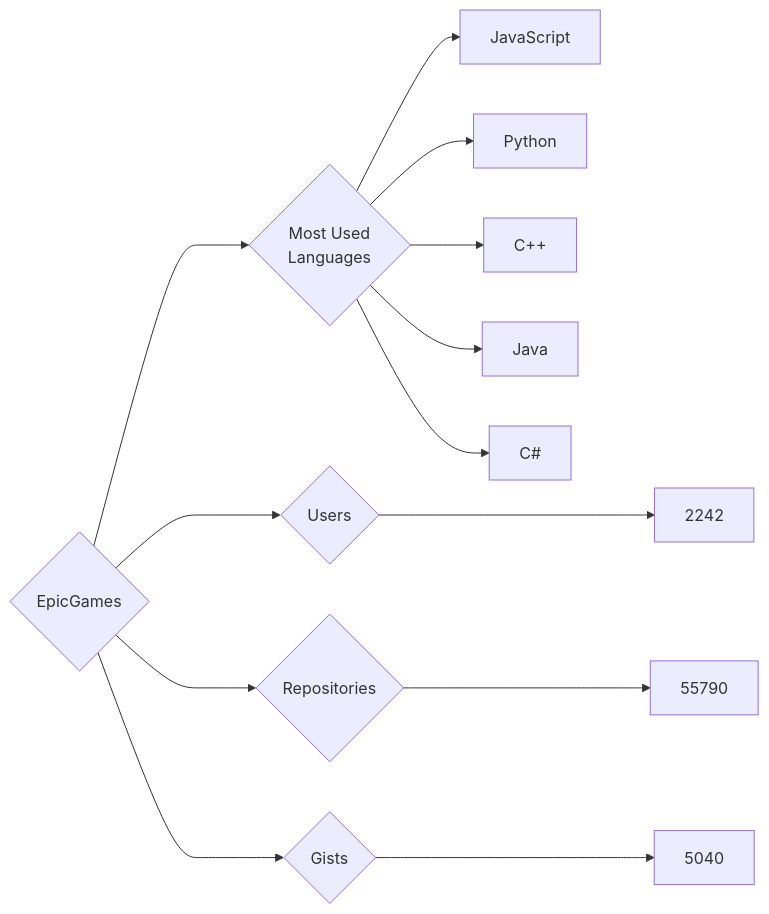
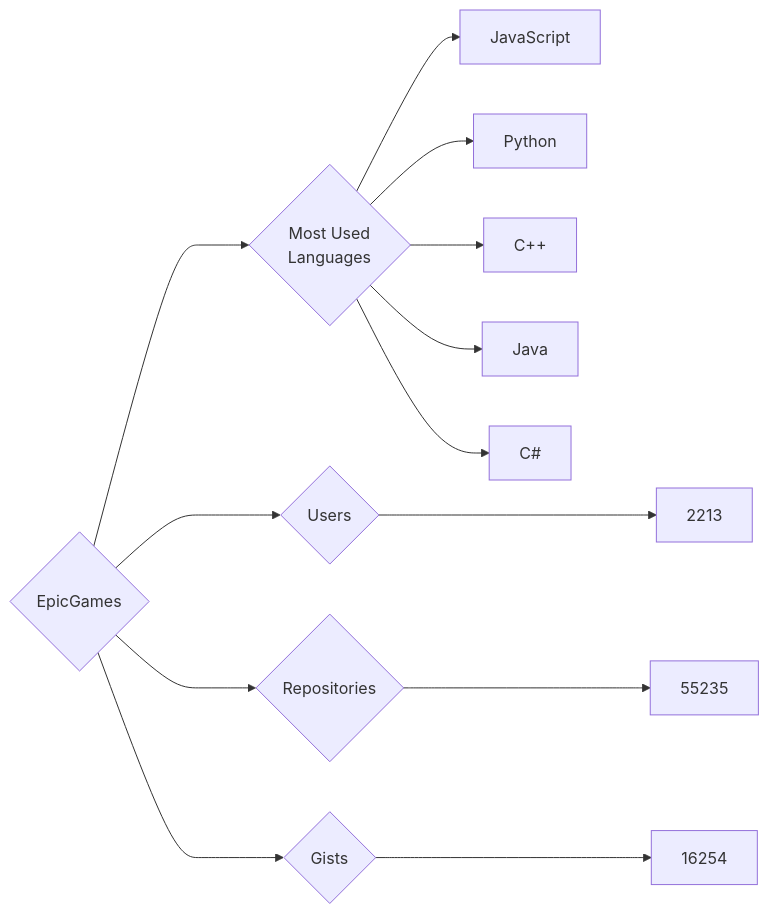
Before and after one commit to trickest/insiders: the diagram in targets/EpicGames/README.md, drawn with Mermaid. The commit also changed 870 other files, not shown here.

````diff
--- a/targets/EpicGames/README.md
+++ b/targets/EpicGames/README.md
@@ -3,13 +3,13 @@
 ```mermaid
 graph LR
 COMPANY_NAME{EpicGames}
-COMPANY_NAME ---> U{Users} ---> UN[2242]
-COMPANY_NAME ---> R{Repositories} ---> RN[55790]
-COMPANY_NAME ---> G{Gists} ---> GN[5040]
+COMPANY_NAME ---> U{Users} ---> UN[2213]
+COMPANY_NAME ---> R{Repositories} ---> RN[55235]
+COMPANY_NAME ---> G{Gists} ---> GN[16254]
 COMPANY_NAME ---> ML{Most Used<br>Languages}
 ML --> JavaScript[JavaScript]
 ML --> Python[Python]
 ML --> C++[C++]
 ML --> Java[Java]
 ML --> C#[C#]
 ```
````
